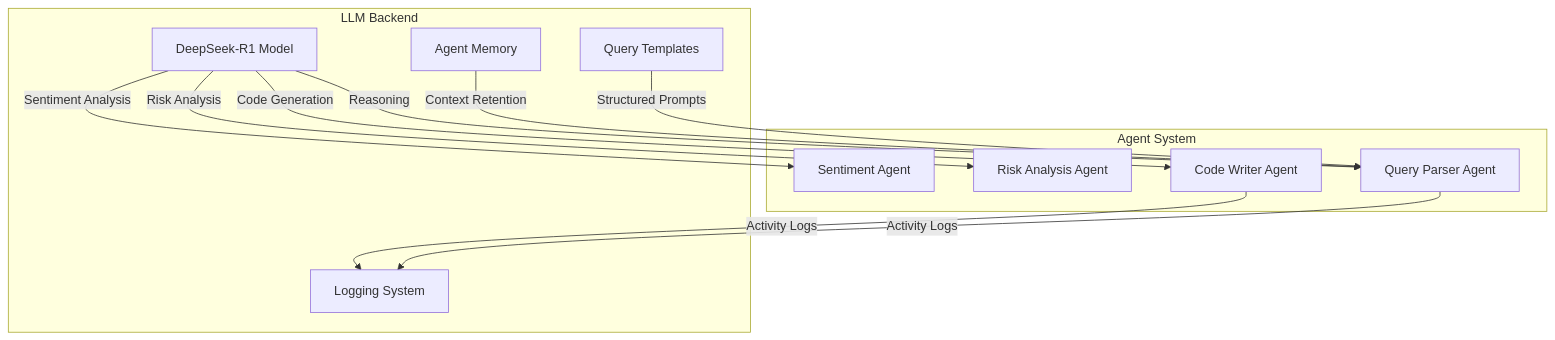
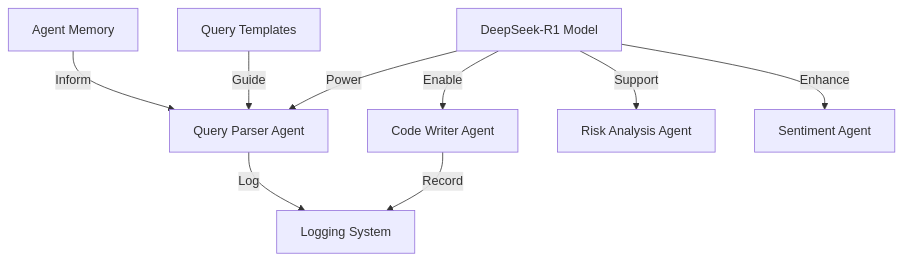
Before and after one commit to thuyvinhdinh175/Quant-Agentic-AI: the fifth of 6 diagrams in README.md, drawn with Mermaid. The commit also changed other lines of this file, not shown here.

````diff
--- a/README.md
+++ b/README.md
@@ -91,29 +74,13 @@
 ```mermaid
-flowchart TD
-    %% Consistent naming and connection patterns
-    DeepSeek["DeepSeek-R1 Model"] -->|"Reasoning"| QueryAgent["Query Parser Agent"]
-    DeepSeek -->|"Code Generation"| CodeAgent["Code Writer Agent"]
-    DeepSeek -->|"Risk Analysis"| RiskAgent["Risk Analysis Agent"]
-    DeepSeek -->|"Sentiment Analysis"| SentimentAgent["Sentiment Agent"]
+graph TD
+    DeepSeek["DeepSeek-R1 Model"] -->|"Power"| QueryAgent["Query Parser Agent"]
+    DeepSeek -->|"Enable"| CodeAgent["Code Writer Agent"]
+    DeepSeek -->|"Support"| RiskAgent["Risk Analysis Agent"]
+    DeepSeek -->|"Enhance"| SentimentAgent["Sentiment Agent"]
     
-    Memory["Agent Memory"] -->|"Context Retention"| QueryAgent
-    Templates["Query Templates"] -->|"Structured Prompts"| QueryAgent
+    Memory["Agent Memory"] -->|"Inform"| QueryAgent
+    Templates["Query Templates"] -->|"Guide"| QueryAgent
     
-    QueryAgent -->|"Activity Logs"| Logging["Logging System"]
-    CodeAgent -->|"Activity Logs"| Logging
-    
-    %% Common terminology with main diagram
-    subgraph Agents["Agent System"]
-        QueryAgent["Query Parser Agent"]
-        CodeAgent["Code Writer Agent"]
-        RiskAgent["Risk Analysis Agent"]
-        SentimentAgent["Sentiment Agent"]
-    end
-    
-    subgraph LLM["LLM Backend"]
-        DeepSeek
-        Memory
-        Templates
-        Logging
-    end
+    QueryAgent -->|"Log"| Logging["Logging System"]
+    CodeAgent -->|"Record"| Logging
 ```
````
